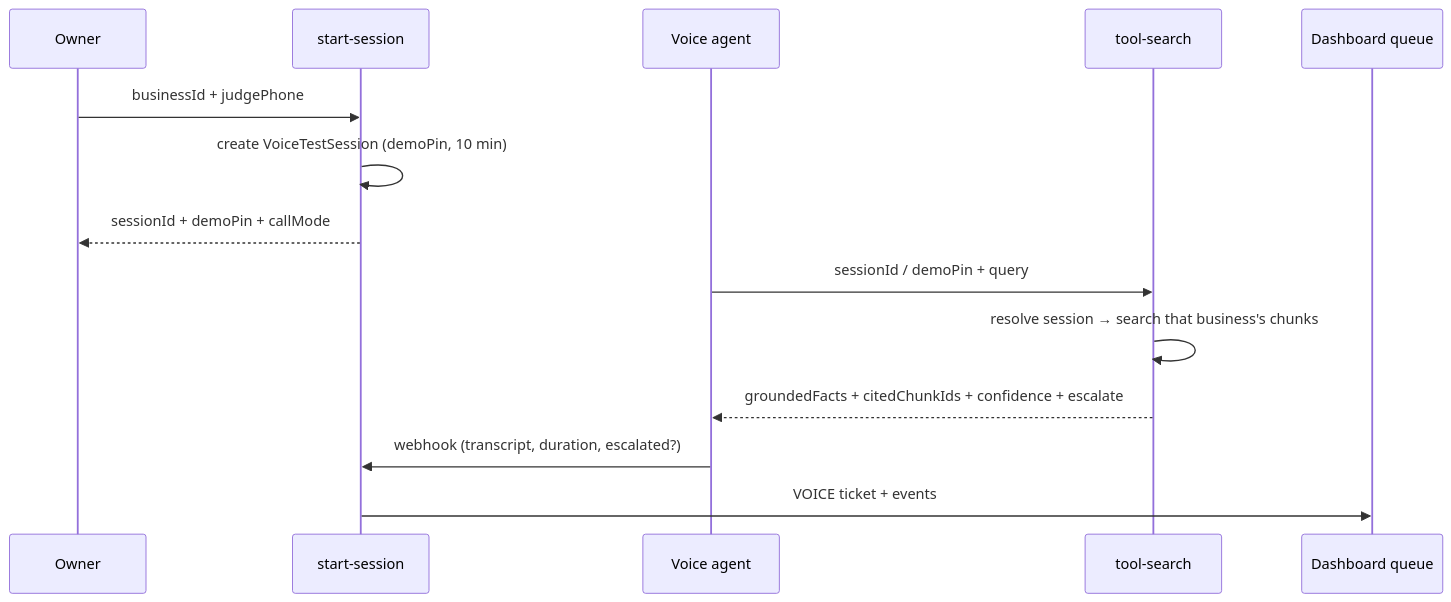
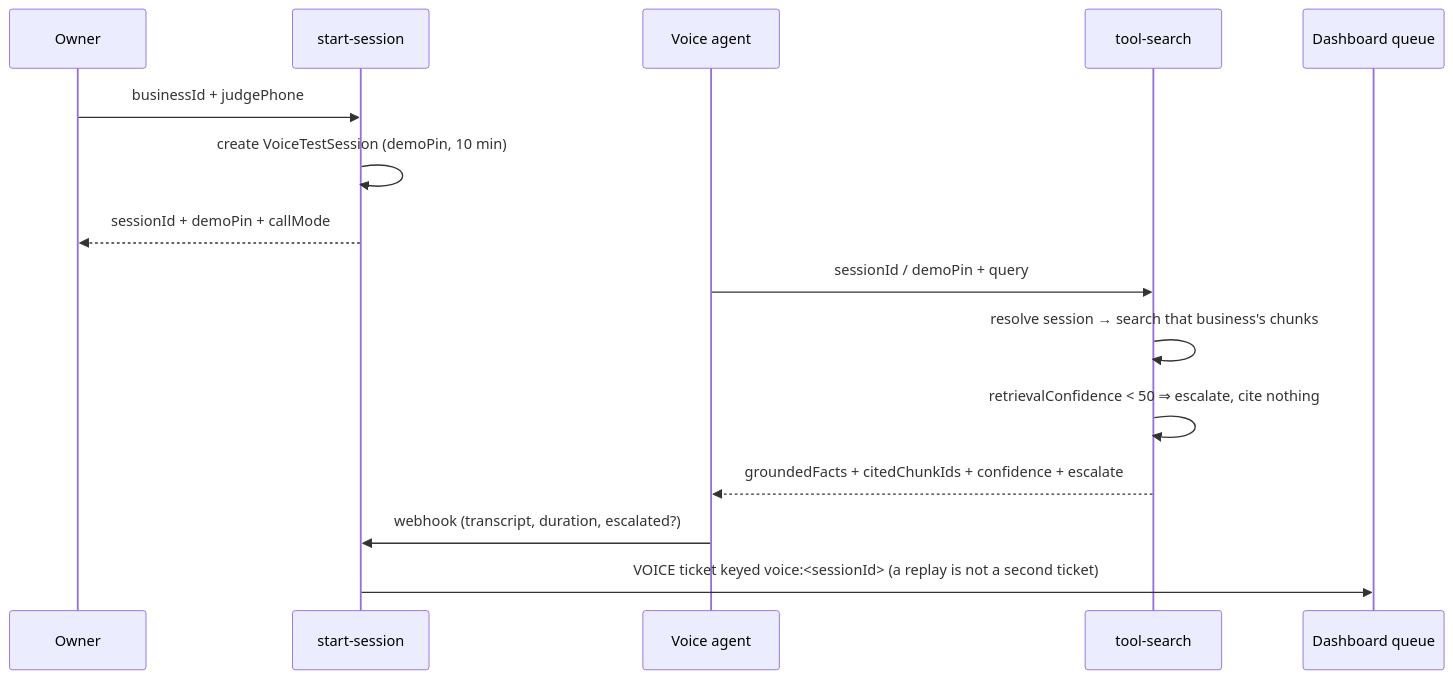
One commit to dishudhalwal12/aftersales changed the second of 2 diagrams in docs/ARCHITECTURE.md. Above: the diagram before and after it, drawn with Mermaid. The commit also changed other lines of this file and 3 other files, not shown here.

````diff
--- a/docs/ARCHITECTURE.md
+++ b/docs/ARCHITECTURE.md
@@ -105,17 +106,18 @@
 ```mermaid
 sequenceDiagram
   participant Owner
   participant API as start-session
   participant Agent as Voice agent
   participant Tool as tool-search
   participant Queue as Dashboard queue
 
   Owner->>API: businessId + judgePhone
   API->>API: create VoiceTestSession (demoPin, 10 min)
   API-->>Owner: sessionId + demoPin + callMode
   Agent->>Tool: sessionId / demoPin + query
   Tool->>Tool: resolve session → search that business's chunks
+  Tool->>Tool: retrievalConfidence < 50 ⇒ escalate, cite nothing
   Tool-->>Agent: groundedFacts + citedChunkIds + confidence + escalate
   Agent->>API: webhook (transcript, duration, escalated?)
-  API->>Queue: VOICE ticket + events
+  API->>Queue: VOICE ticket keyed voice:<sessionId> (a replay is not a second ticket)
 ```
````
